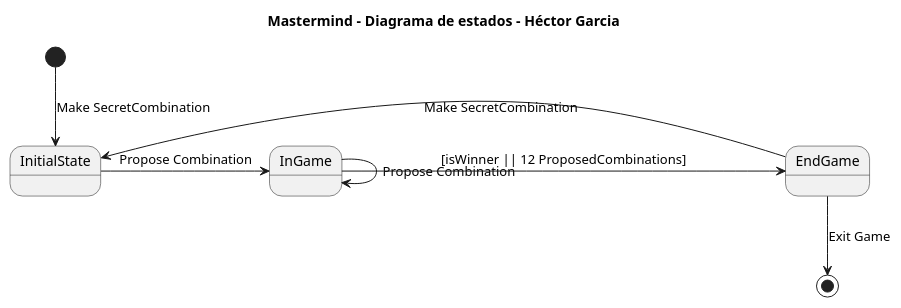
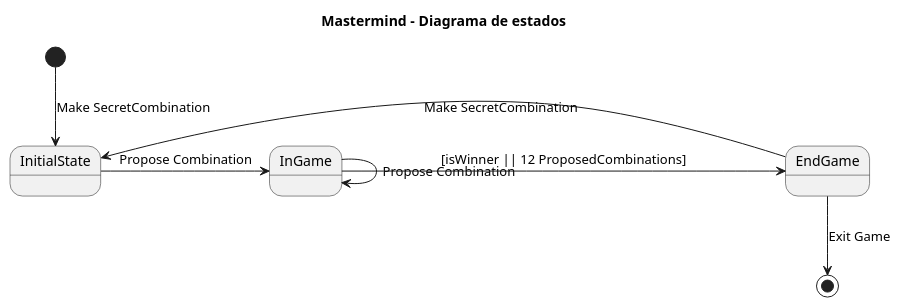
Before and after one commit to Master-Desarrollo-20-21/ejercicio-2-modelo-de-dominio-mastermind-menthil: the diagram in uml/diagrama-estados.plantuml, drawn with PlantUML. The commit also changed 7 other files, not shown here.

```diff
--- a/uml/diagrama-estados.plantuml
+++ b/uml/diagrama-estados.plantuml
@@ -1,14 +1,14 @@
 @startuml
 
-title Mastermind - Diagrama de estados - Héctor Garcia 
+title Mastermind - Diagrama de estados
 
 [*] --> InitialState: Make SecretCombination
 InitialState -> InGame: Propose Combination
 
 InGame -> InGame: Propose Combination
 InGame -> EndGame: [isWinner || 12 ProposedCombinations]
 
 EndGame -> InitialState: Make SecretCombination
 EndGame --> [*]: Exit Game
 
 @enduml
```
